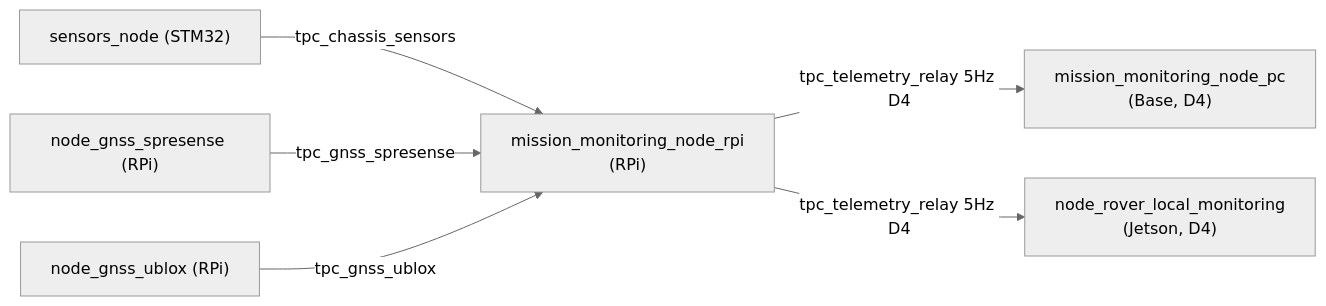
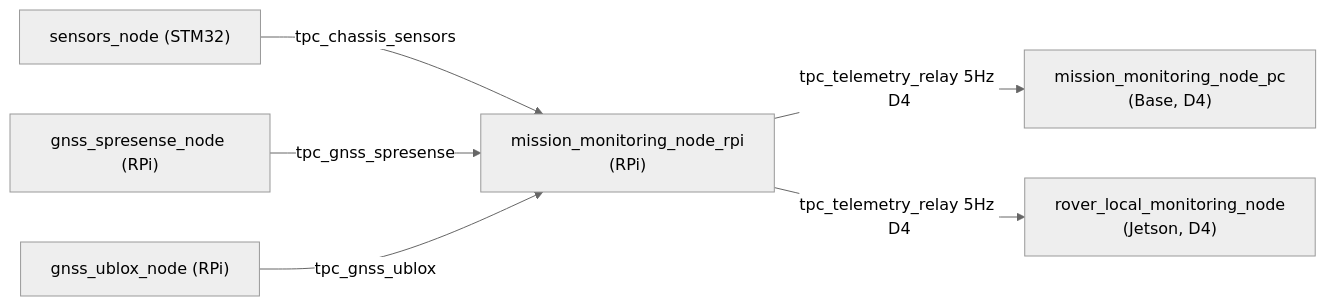
The third of 3 diagrams in docs/TOPICS.md (RoboticsGG/almondmatcha), drawn with Mermaid (neutral theme) before and after one commit. The commit also changed other lines of this file and 25 other files, not shown here.

````diff
--- a/docs/TOPICS.md
+++ b/docs/TOPICS.md
@@ -447,8 +447,8 @@
 ```mermaid
 flowchart LR
     SNS["sensors_node (STM32)"] -->|tpc_chassis_sensors| MON["mission_monitoring_node_rpi\n(RPi)"]
-    SPRES["node_gnss_spresense (RPi)"] -->|tpc_gnss_spresense| MON
-    UBLOX["node_gnss_ublox (RPi)"] -->|tpc_gnss_ublox| MON
+    SPRES["gnss_spresense_node (RPi)"] -->|tpc_gnss_spresense| MON
+    UBLOX["gnss_ublox_node (RPi)"] -->|tpc_gnss_ublox| MON
     MON -->|tpc_telemetry_relay 5Hz D4| PC["mission_monitoring_node_pc\n(Base, D4)"]
-    MON -->|tpc_telemetry_relay 5Hz D4| JL["node_rover_local_monitoring\n(Jetson, D4)"]
+    MON -->|tpc_telemetry_relay 5Hz D4| JL["rover_local_monitoring_node\n(Jetson, D4)"]
 ```
````
